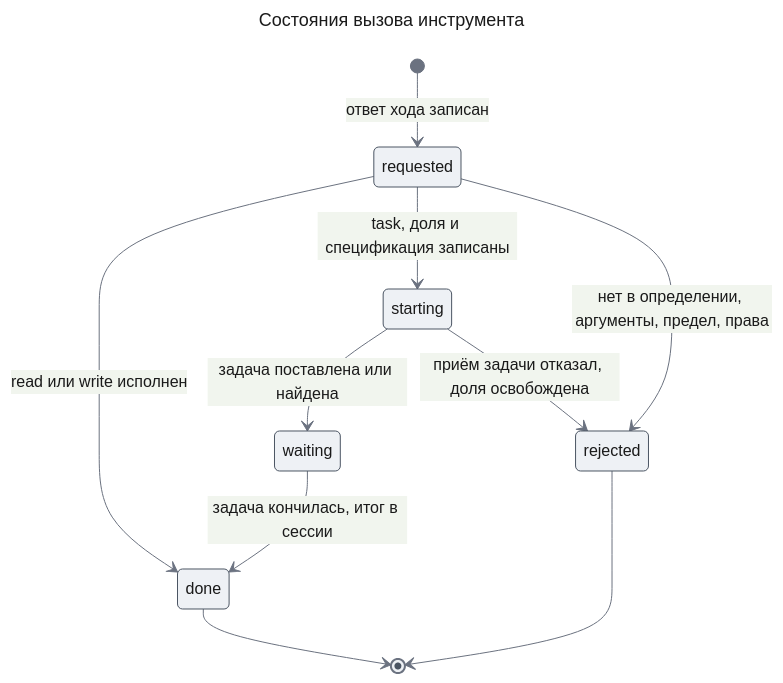
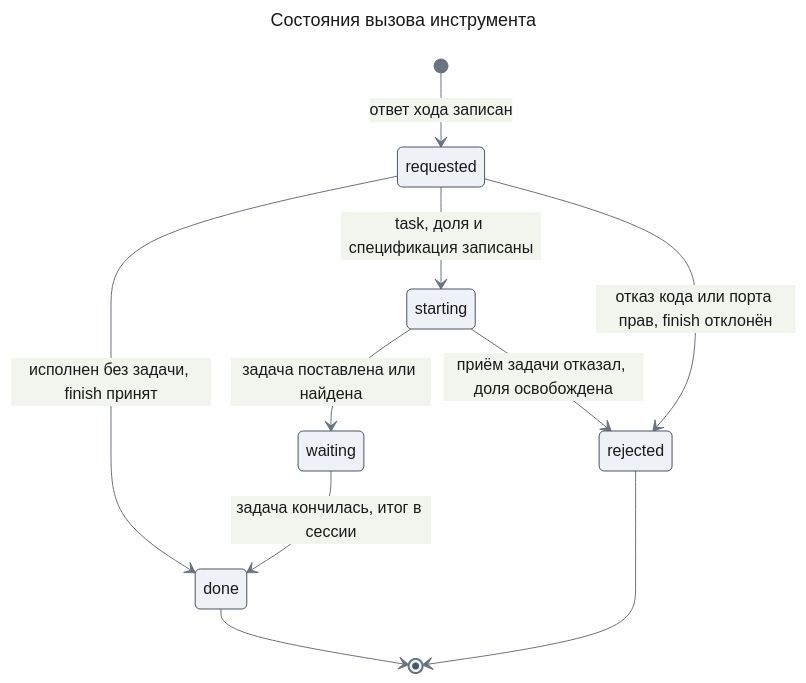
The fourth of 12 diagrams in docs/features/agent-runtime/design-agent-core.md (tundraray/agent-os), drawn with Mermaid before and after one commit. The commit also changed other lines of this file and 5 other files, not shown here.

````diff
--- a/docs/features/agent-runtime/design-agent-core.md
+++ b/docs/features/agent-runtime/design-agent-core.md
@@ -459,23 +466,23 @@
 ```mermaid
 ---
 title: "Состояния вызова инструмента"
 config:
   theme: base
   look: classic
   themeVariables:
     primaryColor: "#eef1f5"
     primaryBorderColor: "#4b5563"
     primaryTextColor: "#1a1a1a"
     lineColor: "#6b7280"
 ---
 stateDiagram-v2
     [*] --> requested: ответ хода записан
-    requested --> done: read или write исполнен
+    requested --> done: исполнен без задачи, finish принят
     requested --> starting: task, доля и спецификация записаны
     starting --> waiting: задача поставлена или найдена
     waiting --> done: задача кончилась, итог в сессии
-    requested --> rejected: нет в определении, аргументы, предел, права
+    requested --> rejected: отказ кода или порта прав, finish отклонён
     starting --> rejected: приём задачи отказал, доля освобождена
     done --> [*]
     rejected --> [*]
 ```
````
